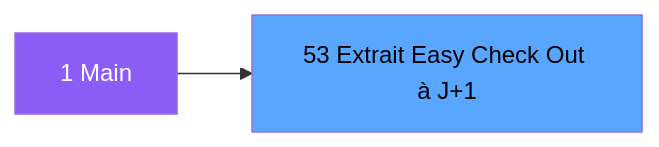
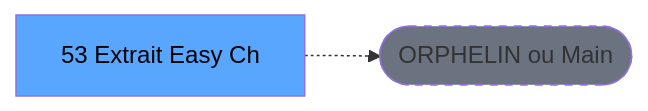
One commit to thonyAGP/lecteur-magic changed the second of 3 diagrams in .openspec/renders/ADH-IDE-53.md. Above: the diagram before and after it, drawn with Mermaid. The commit also changed other lines of this file and 701 other files, not shown here.

````diff
--- a/.openspec/renders/ADH-IDE-53.md
+++ b/.openspec/renders/ADH-IDE-53.md
@@ -110,8 +121,8 @@
 ```mermaid
 graph LR
-    M[1 Main]
-    T[53 Extrait Easy Check Out à J+1]
-    M --> T
-    style M fill:#8b5cf6,color:#fff
+    T[53 Extrait Easy Ch]
+    ORPHAN([ORPHELIN ou Main])
+    T -.-> ORPHAN
     style T fill:#58a6ff,color:#000
+    style ORPHAN fill:#6b7280,stroke-dasharray: 5 5
 ```
````
